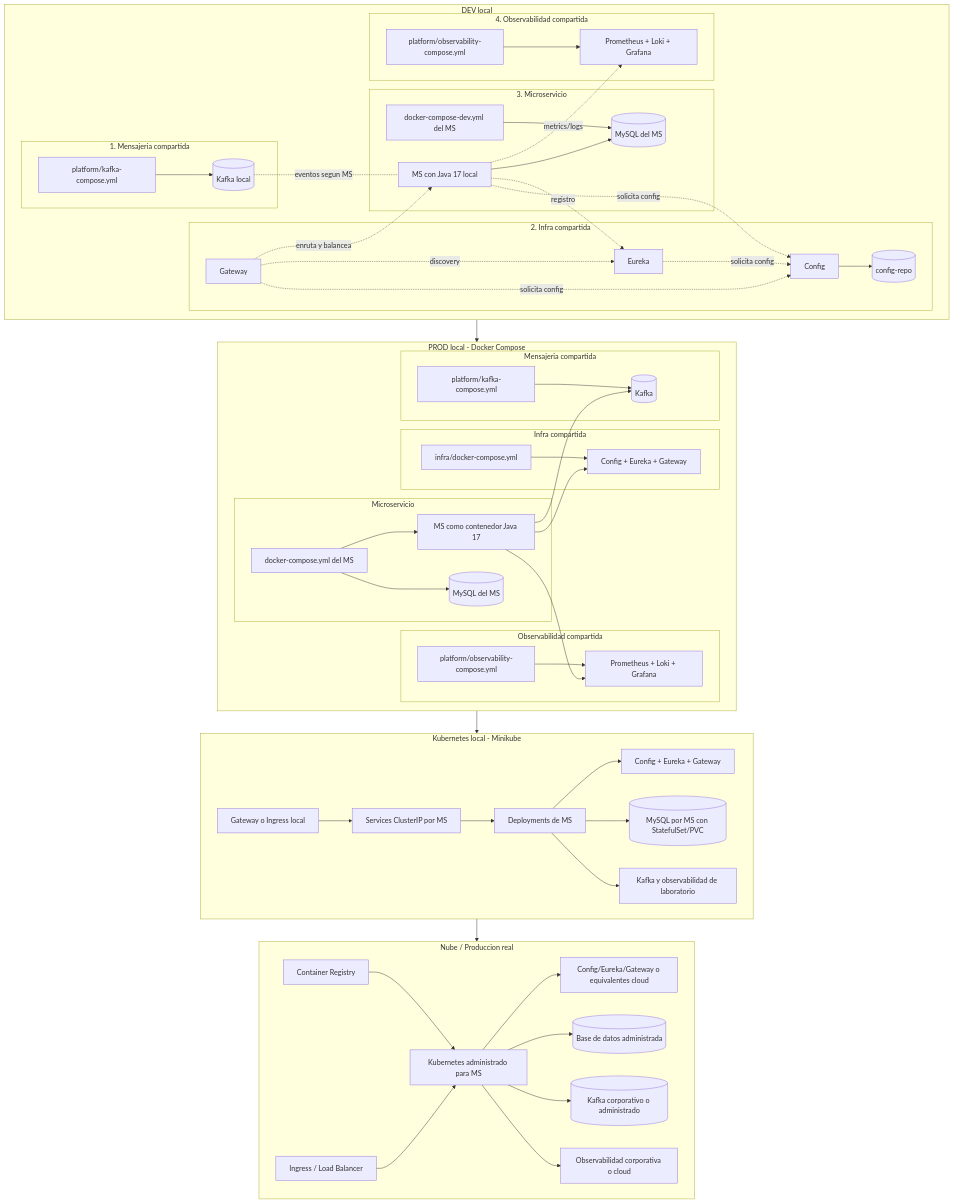
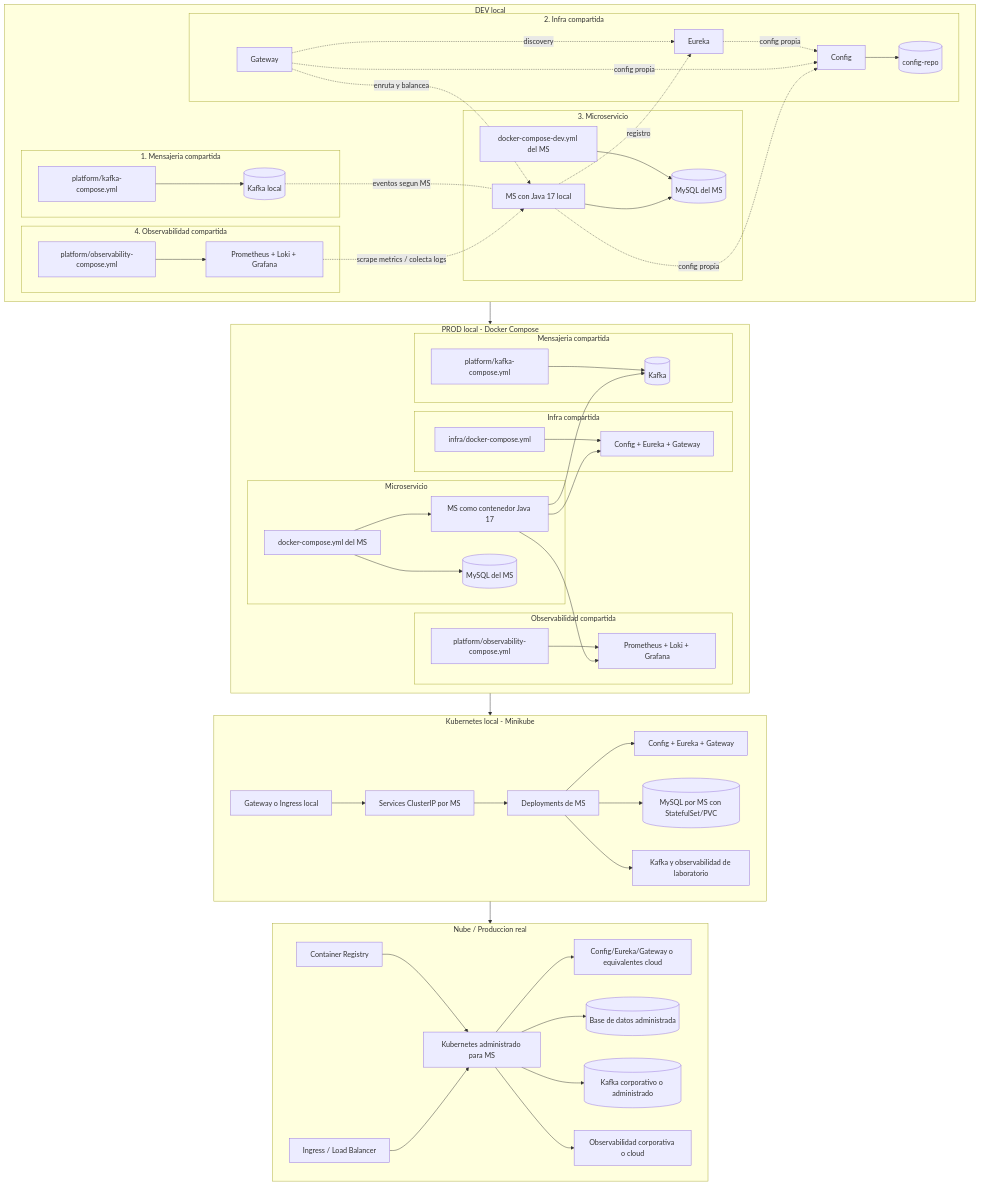
The tenth of 10 diagrams in README.md (262dist/pagatu), drawn with Mermaid before and after one commit.

```diff
--- a/README.md
+++ b/README.md
@@ -569,8 +569,8 @@
             deveureka[Eureka]
             devgateway[Gateway]
             devconfig --> devconfigrepo
-            deveureka -. solicita config .-> devconfig
-            devgateway -. solicita config .-> devconfig
+            deveureka -. config propia .-> devconfig
+            devgateway -. config propia .-> devconfig
             devgateway -. discovery .-> deveureka
         end
 
@@ -588,11 +588,11 @@
         end
 
         devmessaging -. eventos segun MS .- devjava
-        devjava -. solicita config .-> devconfig
+        devjava -. config propia .-> devconfig
         devjava -. registro .-> deveureka
         devgateway -. enruta y balancea .-> devjava
         devjava --> devmysql
-        devjava -. metrics/logs .-> devobs
+        devobs -. scrape metrics / colecta logs .-> devjava
     end
 
     subgraph compose[PROD local - Docker Compose]
```
